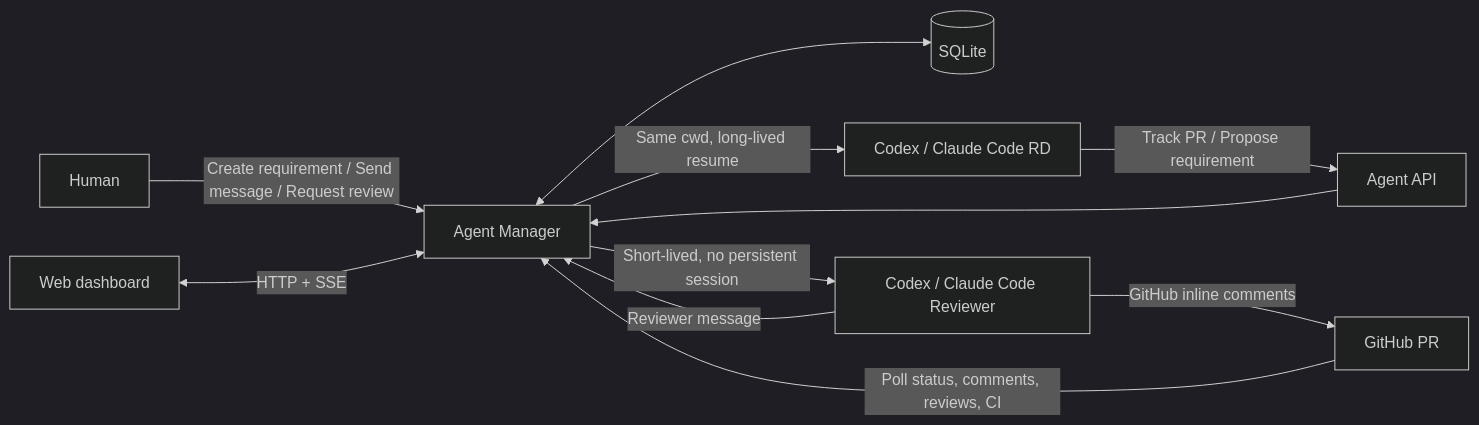
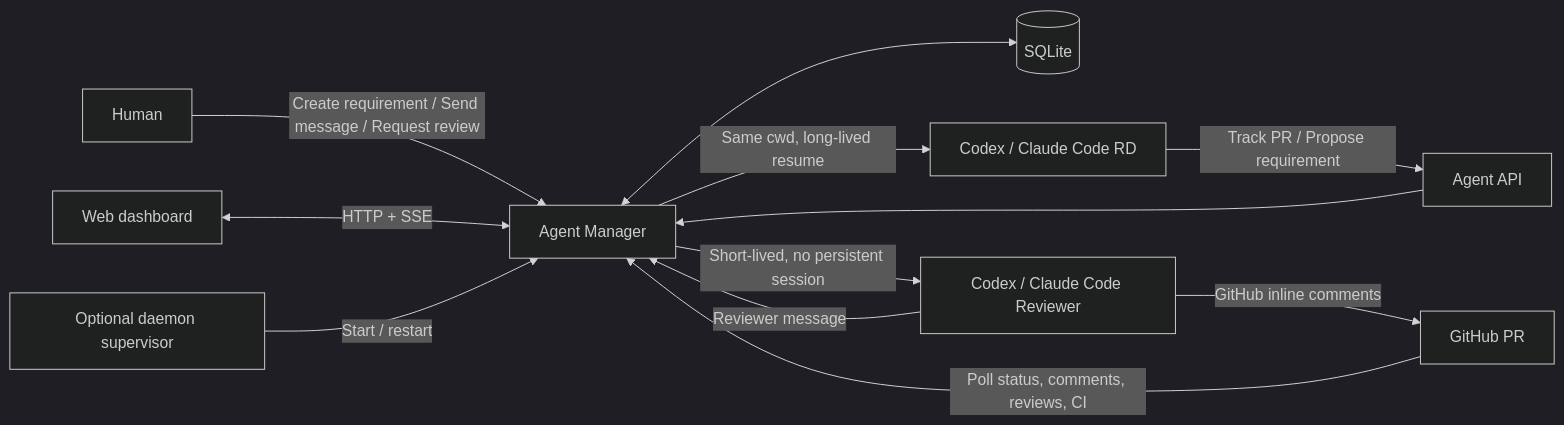
Before and after one commit to luohaha/code-factory: the second of 2 diagrams in docs/architecture.en.md, drawn with Mermaid (dark theme). The commit also changed other lines of this file and 6 other files, not shown here.

```diff
--- a/docs/architecture.en.md
+++ b/docs/architecture.en.md
@@ -29,13 +29,14 @@
 ~~~mermaid
 flowchart LR
   H[Human] -->|Create requirement / Send message / Request review| M[Agent Manager]
   W[Web dashboard] <-->|HTTP + SSE| M
+  S[Optional daemon supervisor] -->|Start / restart| M
   M <--> DB[(SQLite)]
   M -->|Same cwd, long-lived resume| RD[Codex / Claude Code RD]
   M -->|Short-lived, no persistent session| RV[Codex / Claude Code Reviewer]
   RD -->|Track PR / Propose requirement| API[Agent API]
   API --> M
   RV -->|GitHub inline comments| GH[GitHub PR]
   GH -->|Poll status, comments, reviews, CI| M
   RV -->|Reviewer message| M
 ~~~
```
